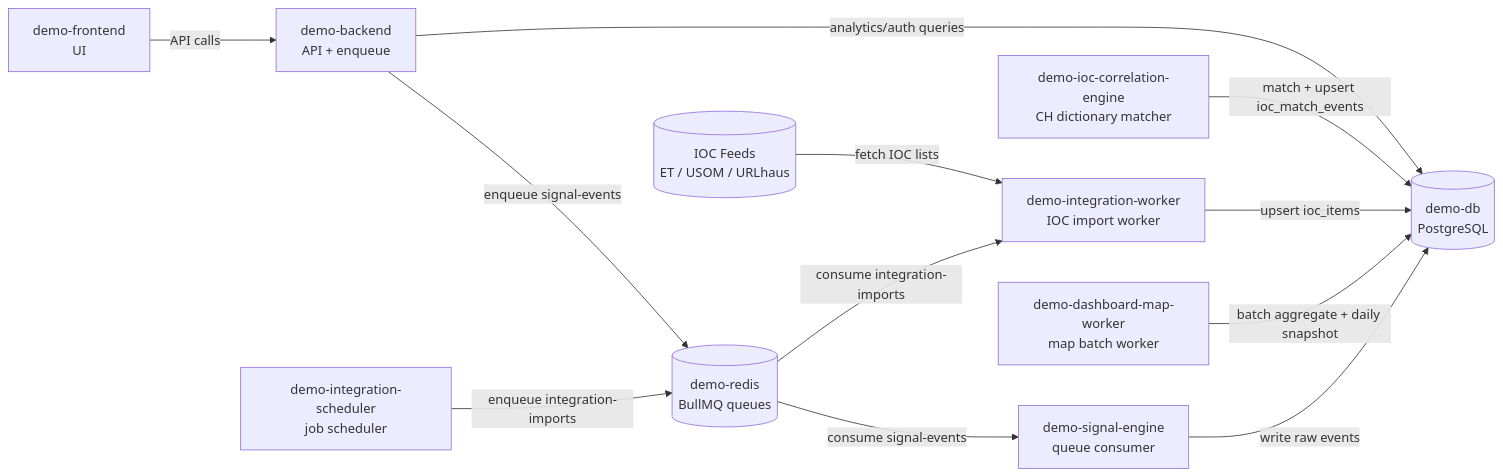
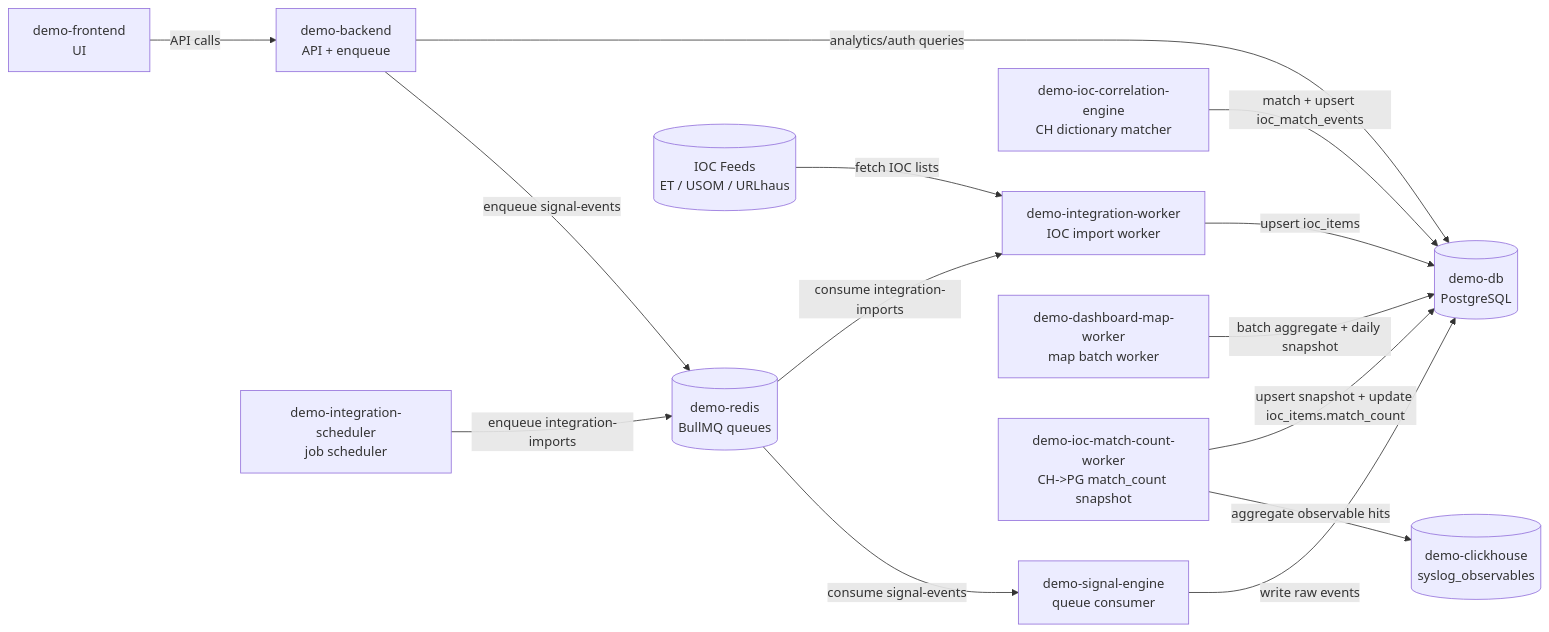
Before and after one commit to spatronn/TalonHound: the diagram in docs/container-operations-and-tuning.md, drawn with Mermaid. The commit also changed other lines of this file, not shown here.

Commit message:
docs(containers): add ioc-match-count-worker role and update service map

````diff
--- a/docs/container-operations-and-tuning.md
+++ b/docs/container-operations-and-tuning.md
@@ -197,27 +232,31 @@
 ```mermaid
 flowchart LR
     FE[demo-frontend\nUI]
     BE[demo-backend\nAPI + enqueue]
     R[(demo-redis\nBullMQ queues)]
     SE[demo-signal-engine\nqueue consumer]
     ICE[demo-ioc-correlation-engine\nCH dictionary matcher]
     IS[demo-integration-scheduler\njob scheduler]
     IW[demo-integration-worker\nIOC import worker]
     MW[demo-dashboard-map-worker\nmap batch worker]
+    IMC[demo-ioc-match-count-worker\nCH->PG match_count snapshot]
     DB[(demo-db\nPostgreSQL)]
+    CH[(demo-clickhouse\nsyslog_observables)]
     EXT[(IOC Feeds\nET / USOM / URLhaus)]
 
     FE -->|API calls| BE
 
     BE -->|enqueue signal-events| R
     R -->|consume signal-events| SE
     SE -->|write raw events| DB
     ICE -->|match + upsert ioc_match_events| DB
 
     IS -->|enqueue integration-imports| R
     R -->|consume integration-imports| IW
     EXT -->|fetch IOC lists| IW
     IW -->|upsert ioc_items| DB
     MW -->|batch aggregate + daily snapshot| DB
+    IMC -->|aggregate observable hits| CH
+    IMC -->|upsert snapshot + update ioc_items.match_count| DB
     BE -->|analytics/auth queries| DB
 ```
````
